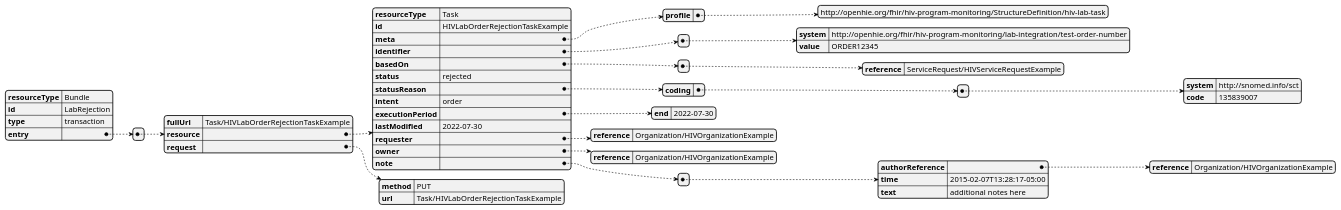
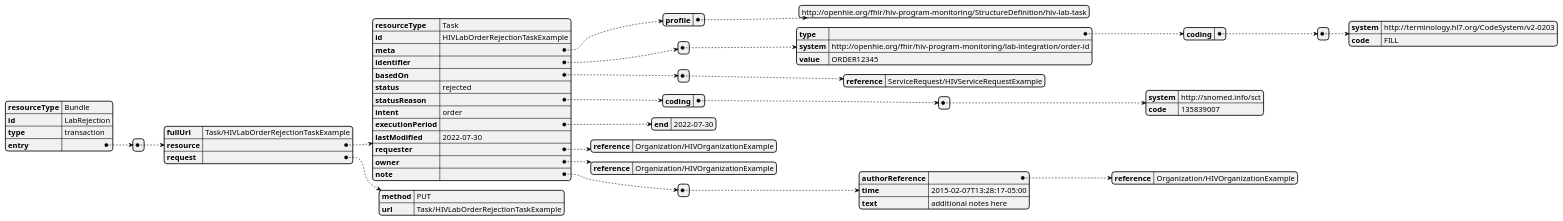
One commit to openhie/HIV-Program-Monitoring-and-Patient-Care-Coordination changed the diagram in input/images-source/lab-rejection-bundle.pu. Above: the diagram before and after it, drawn with PlantUML. The commit also changed 9 other files, not shown here.

```diff
--- a/input/images-source/lab-rejection-bundle.pu
+++ b/input/images-source/lab-rejection-bundle.pu
@@ -1,54 +1,60 @@
 @startjson lab-rejection-bundle
 {
   "resourceType" : "Bundle",
   "id" : "LabRejection",
   "type" : "transaction",
   "entry" : [{
     "fullUrl" : "Task/HIVLabOrderRejectionTaskExample",
     "resource" : {
       "resourceType" : "Task",
       "id" : "HIVLabOrderRejectionTaskExample",
       "meta" : {
         "profile" : ["http://openhie.org/fhir/hiv-program-monitoring/StructureDefinition/hiv-lab-task"]
       },
      
       "identifier" : [{
-        "system" : "http://openhie.org/fhir/hiv-program-monitoring/lab-integration/test-order-number",
+        "type" : {
+          "coding" : [{
+            "system" : "http://terminology.hl7.org/CodeSystem/v2-0203",
+            "code" : "FILL"
+          }]
+        },
+        "system" : "http://openhie.org/fhir/hiv-program-monitoring/lab-integration/order-id",
         "value" : "ORDER12345"
       }],
       "basedOn" : [{
         "reference" : "ServiceRequest/HIVServiceRequestExample"
       }],
       "status" : "rejected",
       "statusReason" : {
         "coding" : [{
           "system" : "http://snomed.info/sct",
           "code" : "135839007"
         }]
       },
       "intent" : "order",
       "executionPeriod" : {
         "end" : "2022-07-30"
       },
       "lastModified" : "2022-07-30",
       "requester" : {
         "reference" : "Organization/HIVOrganizationExample"
       },
       "owner" : {
         "reference" : "Organization/HIVOrganizationExample"
       },
       "note" : [{
         "authorReference" : {
           "reference" : "Organization/HIVOrganizationExample"
         },
         "time" : "2015-02-07T13:28:17-05:00",
         "text" : "additional notes here"
       }]
     },
     "request" : {
       "method" : "PUT",
       "url" : "Task/HIVLabOrderRejectionTaskExample"
     }
   }]
 }
 @endjson
```
